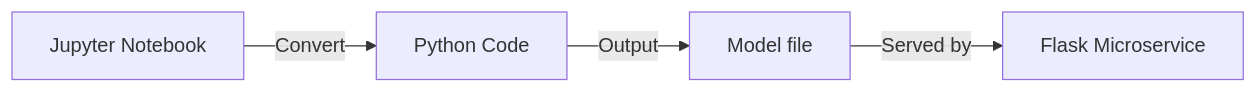
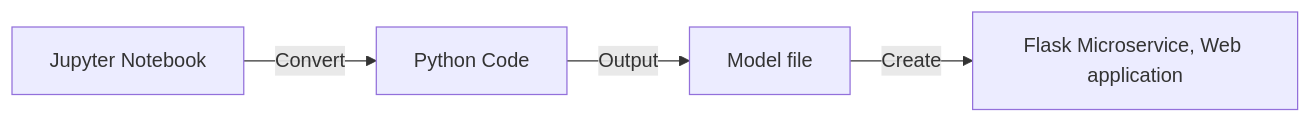
One commit to nicholas-yjtang/interview changed the first of 2 diagrams in mlops/README.md. Above: the diagram before and after it, drawn with Mermaid. The commit also changed other lines of this file, not shown here.

````diff
--- a/mlops/README.md
+++ b/mlops/README.md
@@ -7,6 +7,6 @@
 ```mermaid
 flowchart LR
     A[Jupyter Notebook] -->|Convert| B[Python Code]
     B --> |Output| C[Model file]
-    C --> |Served by| D[Flask Microservice]
+    C --> |Create| D[Flask Microservice, Web application]
 ```
````
